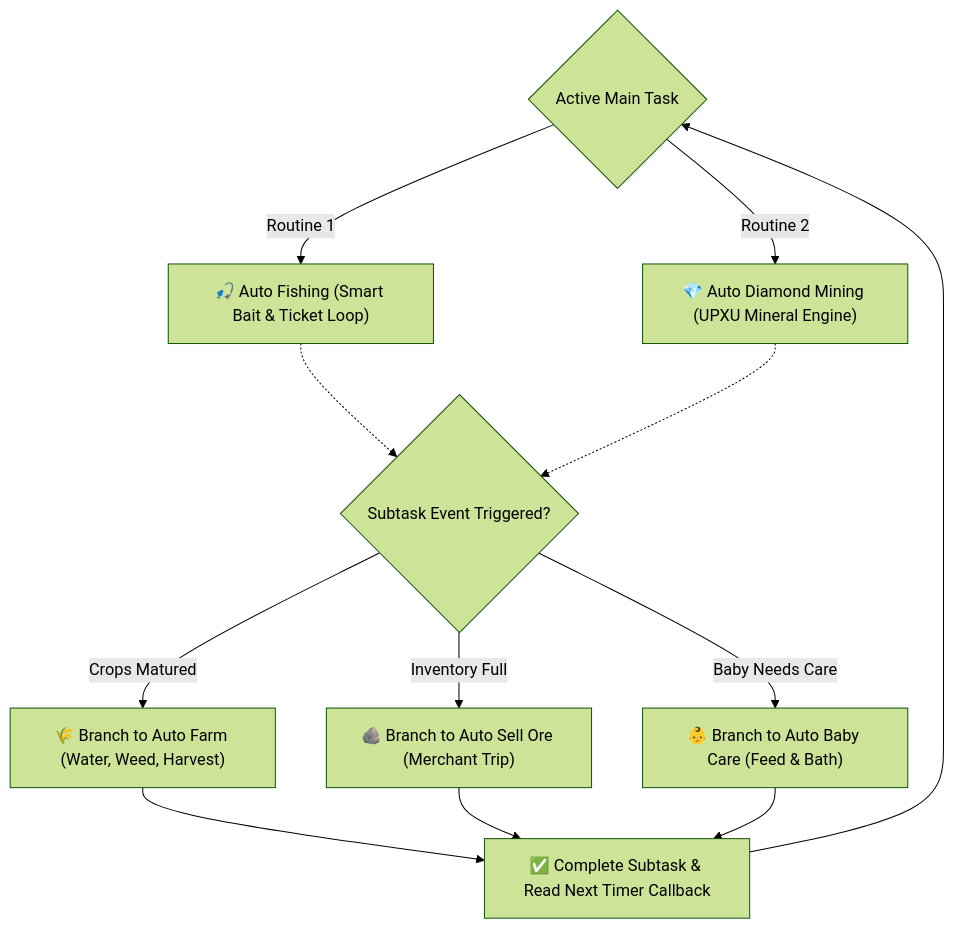
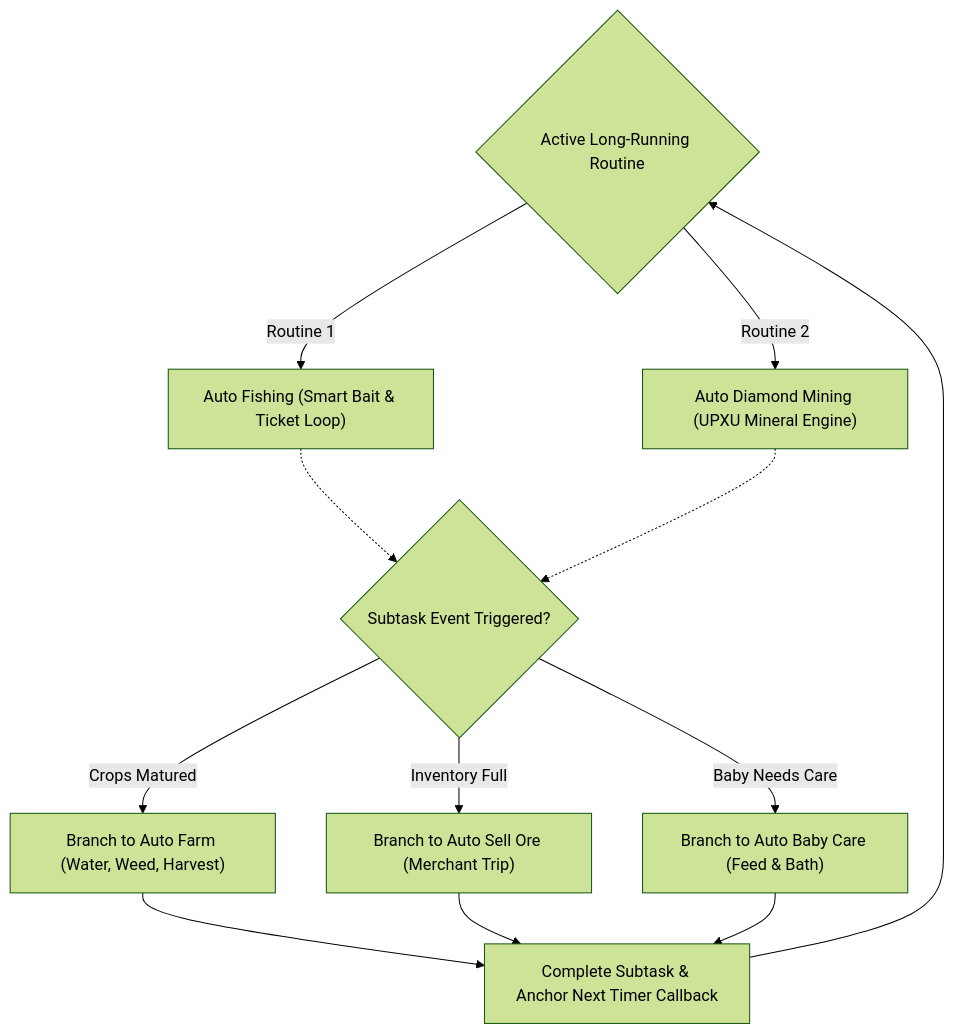
Before and after one commit to hoangfhisp/auto-server-manager-avatar2d-angleChip: the first of 3 diagrams in README.md, drawn with Mermaid (forest theme). The commit also changed other lines of this file, not shown here.

````diff
--- a/README.md
+++ b/README.md
@@ -52,19 +57,19 @@
 ```mermaid
 flowchart TD
-    MainTask{"Active Main Task"}
-    MainTask -->|Routine 1| Fish["🎣 Auto Fishing (Smart Bait & Ticket Loop)"]
-    MainTask -->|Routine 2| Mine["💎 Auto Diamond Mining (UPXU Mineral Engine)"]
+    MainTask{"Active Long-Running Routine"}
+    MainTask -->|Routine 1| Fish["Auto Fishing (Smart Bait & Ticket Loop)"]
+    MainTask -->|Routine 2| Mine["Auto Diamond Mining (UPXU Mineral Engine)"]
     
     Fish -.-> BranchCheck{"Subtask Event Triggered?"}
     Mine -.-> BranchCheck
     
-    BranchCheck -->|Crops Matured| SubFarm["🌾 Branch to Auto Farm (Water, Weed, Harvest)"]
-    BranchCheck -->|Inventory Full| SubOre["🪨 Branch to Auto Sell Ore (Merchant Trip)"]
-    BranchCheck -->|Baby Needs Care| SubBaby["👶 Branch to Auto Baby Care (Feed & Bath)"]
+    BranchCheck -->|Crops Matured| SubFarm["Branch to Auto Farm (Water, Weed, Harvest)"]
+    BranchCheck -->|Inventory Full| SubOre["Branch to Auto Sell Ore (Merchant Trip)"]
+    BranchCheck -->|Baby Needs Care| SubBaby["Branch to Auto Baby Care (Feed & Bath)"]
     
-    SubFarm --> Resume["✅ Complete Subtask & Read Next Timer Callback"]
+    SubFarm --> Resume["Complete Subtask & Anchor Next Timer Callback"]
     SubOre --> Resume
     SubBaby --> Resume
     
     Resume --> MainTask
 ```
````
